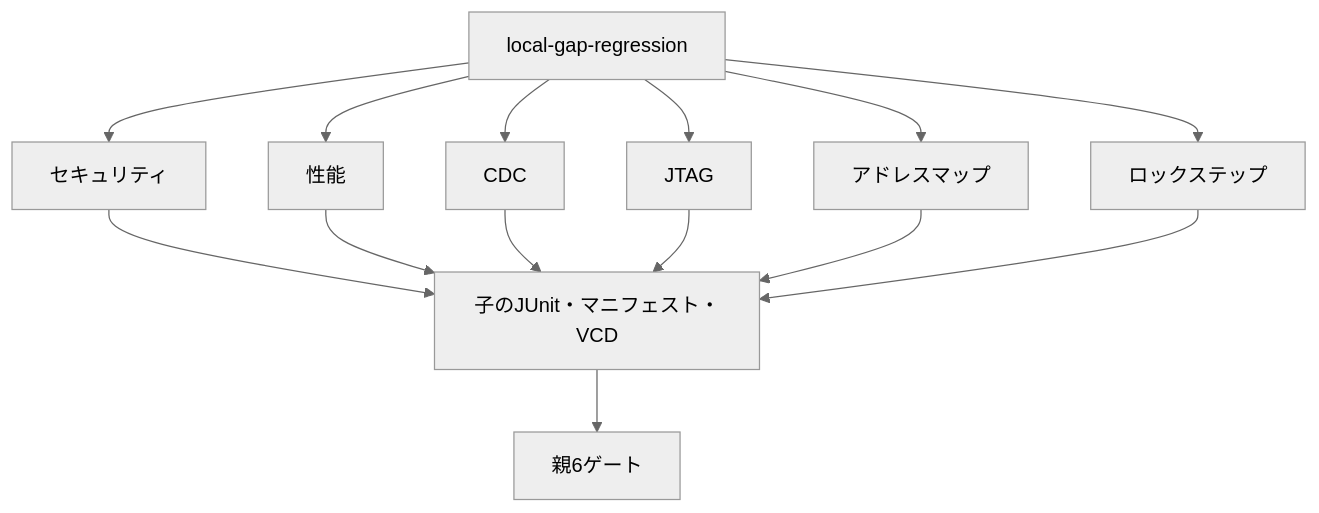
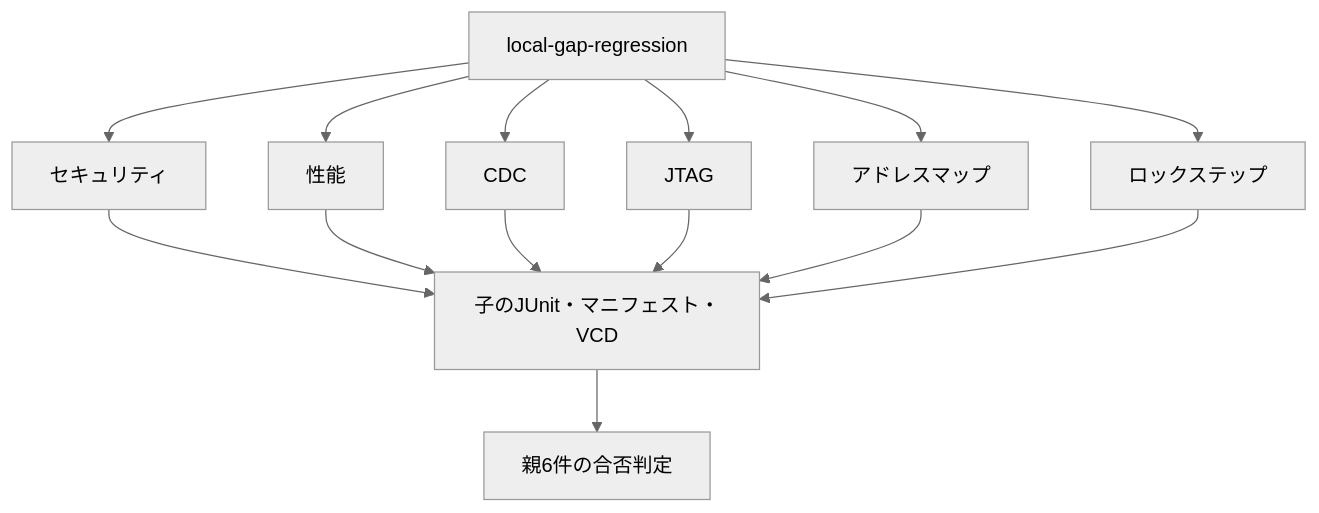
One commit to kurochan001/lsi-verification-method changed the first of 2 diagrams in examples/local-gap-regression/README.md. Above: the diagram before and after it, drawn with Mermaid (neutral theme). The commit also changed other lines of this file and 91 other files, not shown here.

````diff
--- a/examples/local-gap-regression/README.md
+++ b/examples/local-gap-regression/README.md
@@ -16,18 +16,18 @@
 ```mermaid
 flowchart TD
-  accTitle: 6例の実行と親ゲート
-  accDescr: 各例をIcarusで実行し、子の完了と成功を親の6ゲートで確認する。
+  accTitle: 6例の実行と集約側の合否判定
+  accDescr: 各例をIcarusで実行し、子の完了と成功を親の6件の合否判定で確認する。
   P["local-gap-regression"] --> S["セキュリティ"]
   P --> F["性能"]
   P --> C["CDC"]
   P --> J["JTAG"]
   P --> A["アドレスマップ"]
   P --> L["ロックステップ"]
   S --> E["子のJUnit・マニフェスト・VCD"]
   F --> E
   C --> E
   J --> E
   A --> E
   L --> E
-  E --> G["親6ゲート"]
+  E --> G["親6件の合否判定"]
 ```
````
